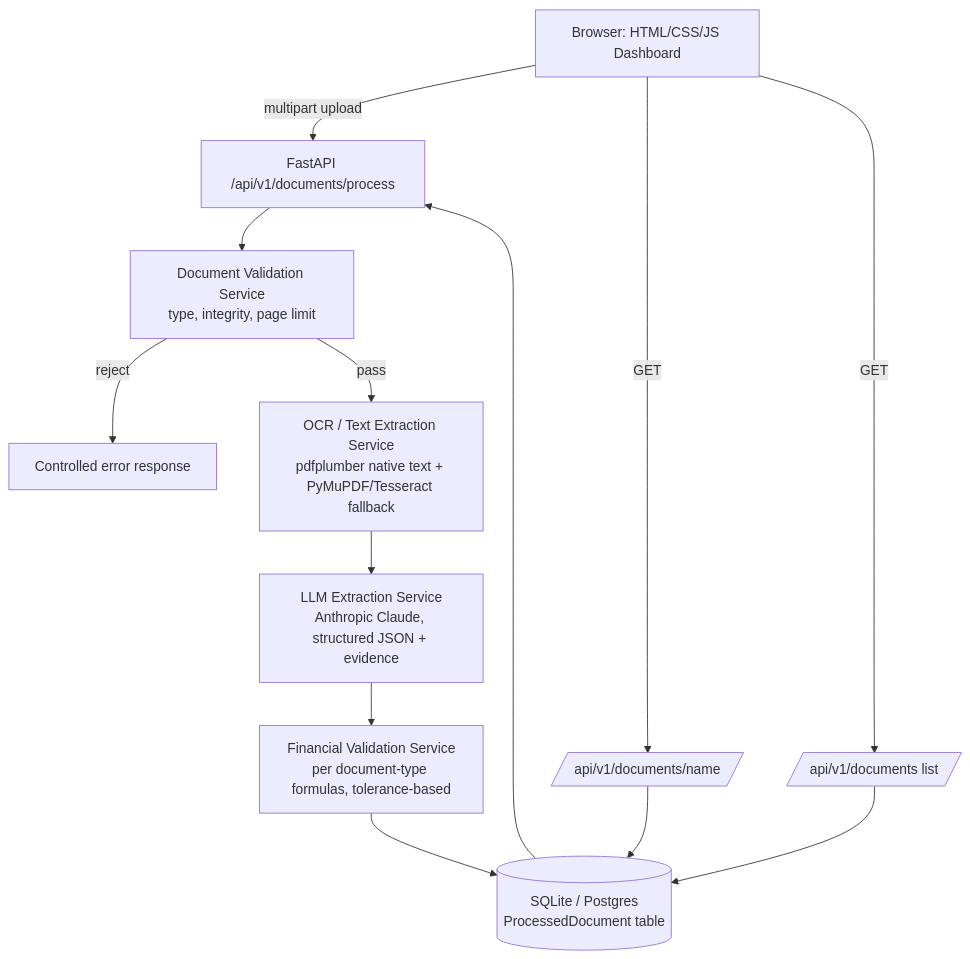
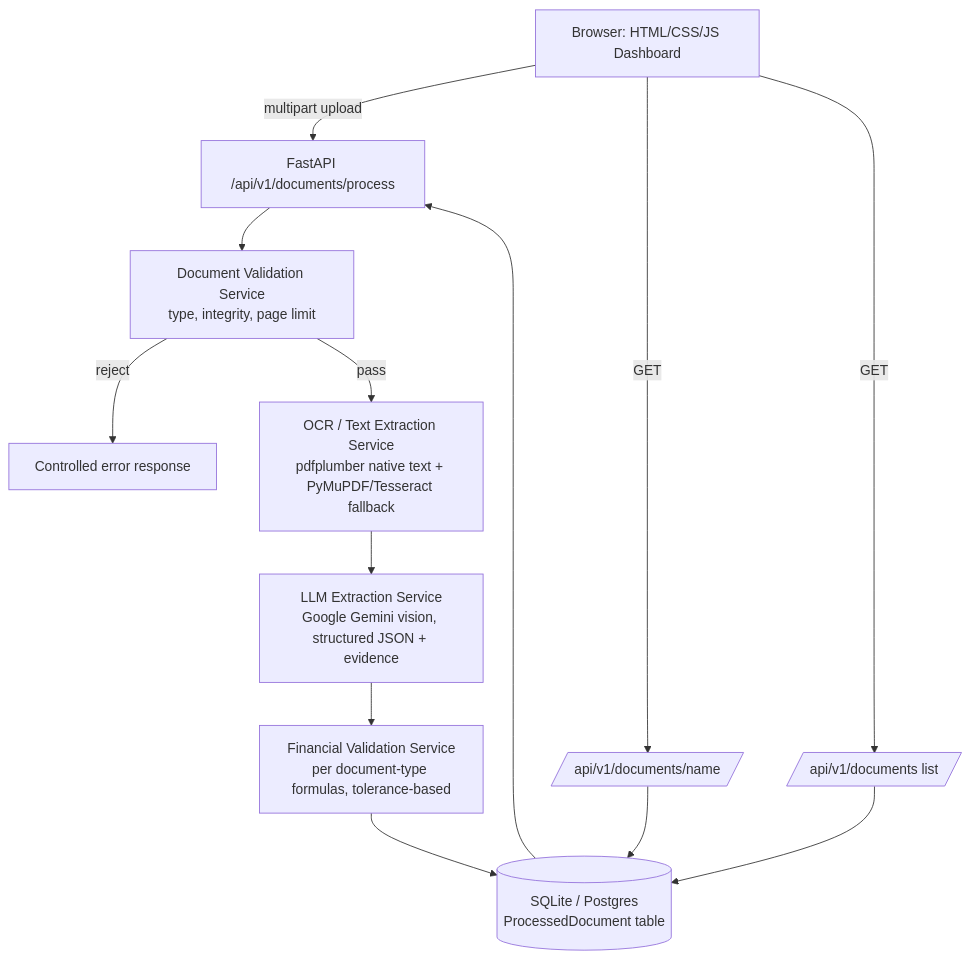
One commit to SakthiPriyaR/document-intelligence-platform changed the diagram in docs/architecture.mmd. Above: the diagram before and after it, drawn with Mermaid. The commit also changed 7 other files, not shown here.

Commit message:
Add solution presentation and architecture exports

```diff
--- a/docs/architecture.mmd
+++ b/docs/architecture.mmd
@@ -1,14 +1,14 @@
 flowchart TD
     U[Browser: HTML/CSS/JS Dashboard] -->|multipart upload| A[FastAPI /api/v1/documents/process]
     U -->|GET| B[/api/v1/documents/name/]
     U -->|GET| C[/api/v1/documents list/]
 
     A --> V[Document Validation Service<br/>type, integrity, page limit]
     V -->|reject| E[Controlled error response]
     V -->|pass| O[OCR / Text Extraction Service<br/>pdfplumber native text + PyMuPDF/Tesseract fallback]
-    O --> X[LLM Extraction Service<br/>Anthropic Claude, structured JSON + evidence]
+    O --> X[LLM Extraction Service<br/>Google Gemini vision, structured JSON + evidence]
     X --> F[Financial Validation Service<br/>per document-type formulas, tolerance-based]
     F --> P[(SQLite / Postgres<br/>ProcessedDocument table)]
     P --> A
     B --> P
     C --> P
```
